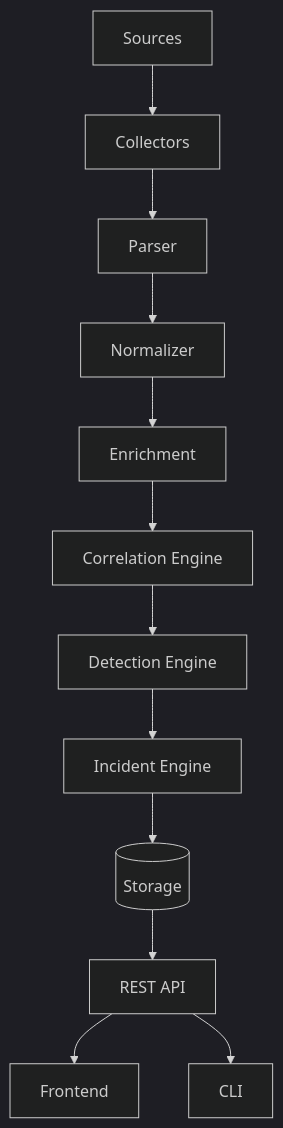
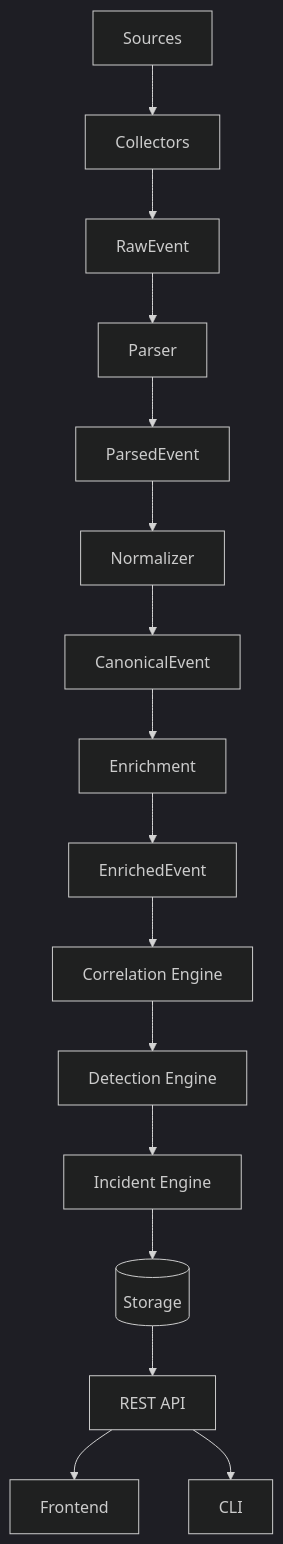
The first of 2 diagrams in docs/DATAFLOW.md (EDY075/EDYSIEM), drawn with Mermaid (dark theme) before and after one commit. The commit also changed other lines of this file and 42 other files, not shown here.

````diff
--- a/docs/DATAFLOW.md
+++ b/docs/DATAFLOW.md
@@ -8,14 +8,18 @@
 ```mermaid
 flowchart TB
     SRC[Sources] --> COL[Collectors]
-    COL --> PARSER[Parser]
-    PARSER --> NORM[Normalizer]
-    NORM --> ENR[Enrichment]
-    ENR --> CORR[Correlation Engine]
+    COL --> RAW[RawEvent]
+    RAW --> PARSER[Parser]
+    PARSER --> PARSED[ParsedEvent]
+    PARSED --> NORM[Normalizer]
+    NORM --> CANON[CanonicalEvent]
+    CANON --> ENR[Enrichment]
+    ENR --> ENRICHED[EnrichedEvent]
+    ENRICHED --> CORR[Correlation Engine]
     CORR --> DET[Detection Engine]
     DET --> INC[Incident Engine]
     INC --> STORE[(Storage)]
     STORE --> API[REST API]
     API --> FE[Frontend]
     API --> CLI[CLI]
 ```
````
